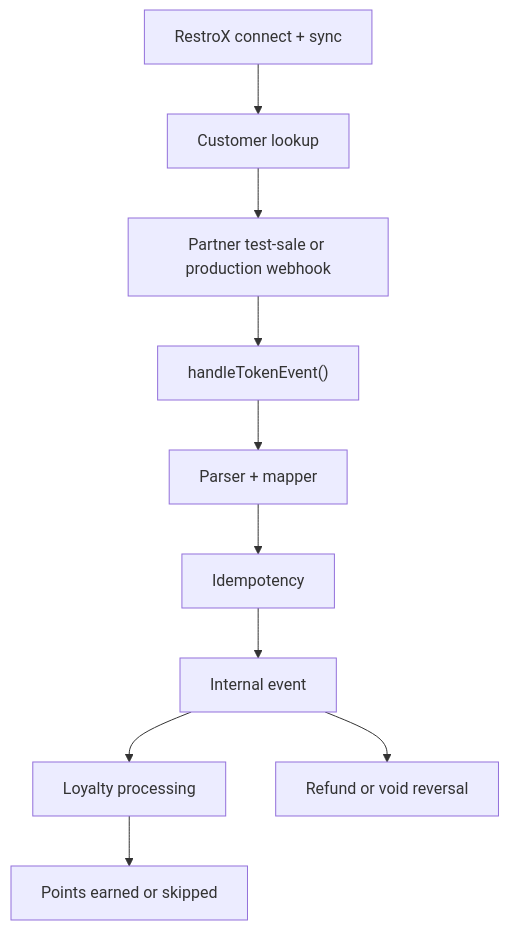
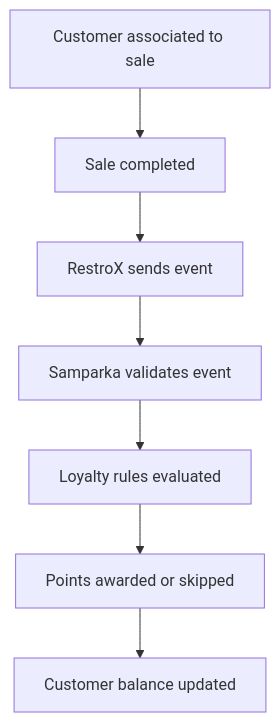
Before and after one commit to krischal07/docs: the diagram in integrations/restrox/native/loyalty-processing.mdx, drawn with Mermaid. The commit also changed other lines of this file, not shown here.

````diff
--- a/integrations/restrox/native/loyalty-processing.mdx
+++ b/integrations/restrox/native/loyalty-processing.mdx
@@ -23,12 +27,9 @@
 ```mermaid
 flowchart TD
-  A["RestroX connect + sync"] --> B["Customer lookup"]
-  B --> C["Partner test-sale or production webhook"]
-  C --> D["handleTokenEvent()"]
-  D --> E["Parser + mapper"]
-  E --> F["Idempotency"]
-  F --> G["Internal event"]
-  G --> H["Loyalty processing"]
-  H --> I["Points earned or skipped"]
-  G --> J["Refund or void reversal"]
+  A["Customer associated to sale"] --> B["Sale completed"]
+  B --> C["RestroX sends event"]
+  C --> D["Samparka validates event"]
+  D --> E["Loyalty rules evaluated"]
+  E --> F["Points awarded or skipped"]
+  F --> G["Customer balance updated"]
 ```
````
